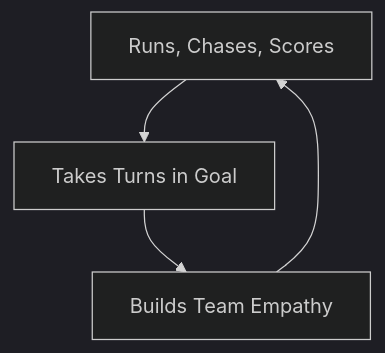
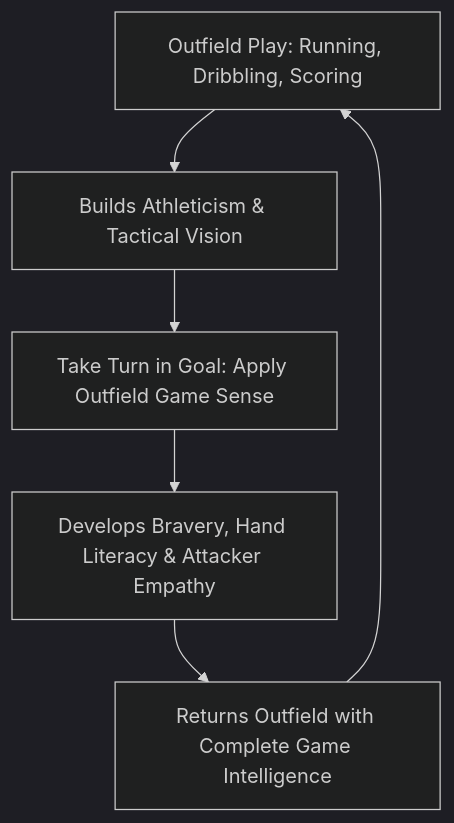
The diagram in src/content/docs/ages-6-9/09-no-early-specialization.mdx (charlesjnichols/keeper-academy), drawn with Mermaid (dark theme) before and after one commit. The commit also changed other lines of this file and 50 other files, not shown here.

````diff
--- a/src/content/docs/ages-6-9/09-no-early-specialization.mdx
+++ b/src/content/docs/ages-6-9/09-no-early-specialization.mdx
@@ -18,6 +42,8 @@
 ```mermaid
-flowchart TD
-    A[Runs, Chases, Scores] --> B[Takes Turns in Goal]
-    B --> C[Builds Team Empathy]
-    C --> A
+graph TD
+    A[Outfield Play: Running, Dribbling, Scoring] --> B[Builds Athleticism & Tactical Vision]
+    B --> C[Take Turn in Goal: Apply Outfield Game Sense]
+    C --> D[Develops Bravery, Hand Literacy & Attacker Empathy]
+    D --> E[Returns Outfield with Complete Game Intelligence]
+    E --> A
 ```
````
